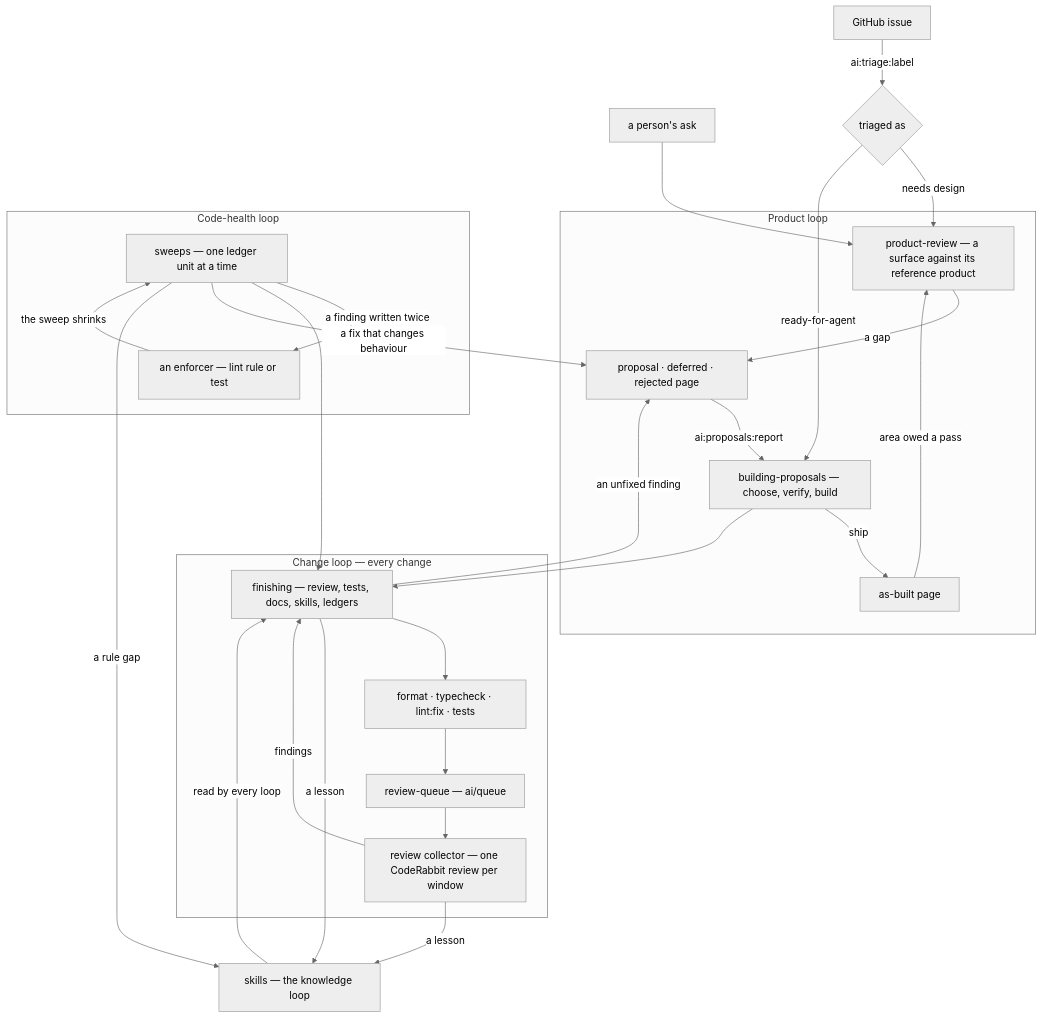
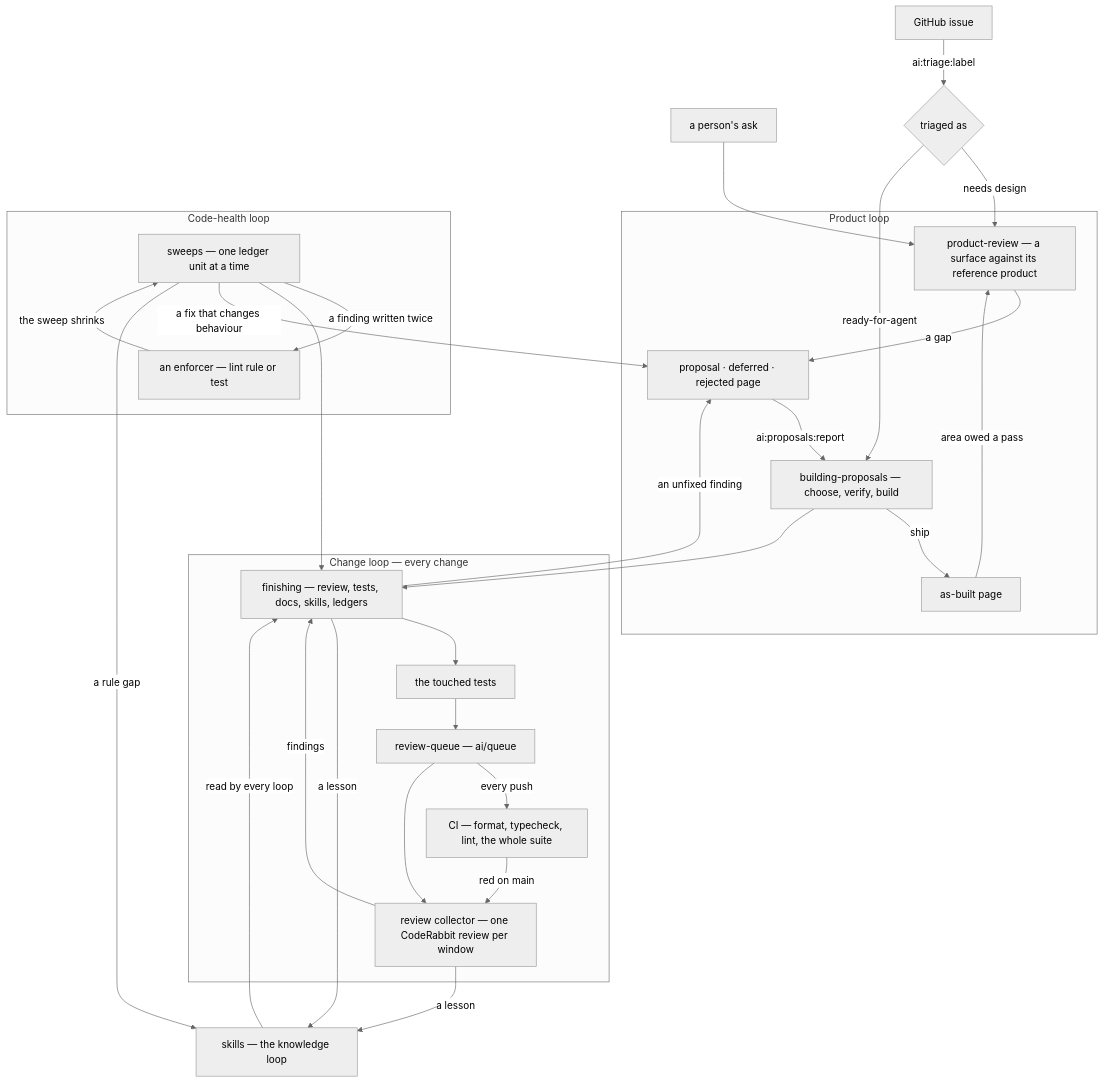
One commit to Esposter/Esposter changed the diagram in apps/web/content/docs/architecture/engineering-loops.md. Above: the diagram before and after it, drawn with Mermaid (neutral theme). The commit also changed other lines of this file and 18 other files, not shown here.

First line of the commit message:
docs(agents): every check is CI's but the tests of what a change touched

````diff
--- a/apps/web/content/docs/architecture/engineering-loops.md
+++ b/apps/web/content/docs/architecture/engineering-loops.md
@@ -14,35 +14,37 @@
 ```mermaid
 flowchart TD
   ASK["a person's ask"] --> PR
   ISSUE["GitHub issue"] -->|"ai:triage:label"| TRIAGE{"triaged as"}
   TRIAGE -->|"needs design"| PR
   TRIAGE -->|"ready-for-agent"| BUILD
 
   subgraph product ["Product loop"]
     PR["product-review — a surface against its reference product"] -->|"a gap"| PROPOSAL["proposal · deferred · rejected page"]
     PROPOSAL -->|"ai:proposals:report"| BUILD["building-proposals — choose, verify, build"]
     BUILD -->|"ship"| SHIPPED["as-built page"]
     SHIPPED -->|"area owed a pass"| PR
   end
 
   subgraph change ["Change loop — every change"]
-    FINISH["finishing — review, tests, docs, skills, ledgers"] --> CHECKS["format · typecheck · lint:fix · tests"]
+    FINISH["finishing — review, tests, docs, skills, ledgers"] --> CHECKS["the touched tests"]
     CHECKS --> QUEUE["review-queue — ai/queue"]
+    QUEUE -->|"every push"| CI["CI — format, typecheck, lint, the whole suite"]
     QUEUE --> COLLECTOR["review collector — one CodeRabbit review per window"]
+    CI -->|"red on main"| COLLECTOR
     COLLECTOR -->|"findings"| FINISH
   end
 
   subgraph health ["Code-health loop"]
     LEDGER["sweeps — one ledger unit at a time"] -->|"a finding written twice"| ENFORCER["an enforcer — lint rule or test"]
     ENFORCER -->|"the sweep shrinks"| LEDGER
   end
 
   BUILD --> FINISH
   LEDGER --> FINISH
   LEDGER -->|"a fix that changes behaviour"| PROPOSAL
   FINISH -->|"an unfixed finding"| PROPOSAL
   FINISH -->|"a lesson"| SKILLS["skills — the knowledge loop"]
   COLLECTOR -->|"a lesson"| SKILLS
   LEDGER -->|"a rule gap"| SKILLS
   SKILLS -->|"read by every loop"| FINISH
 ```
````
